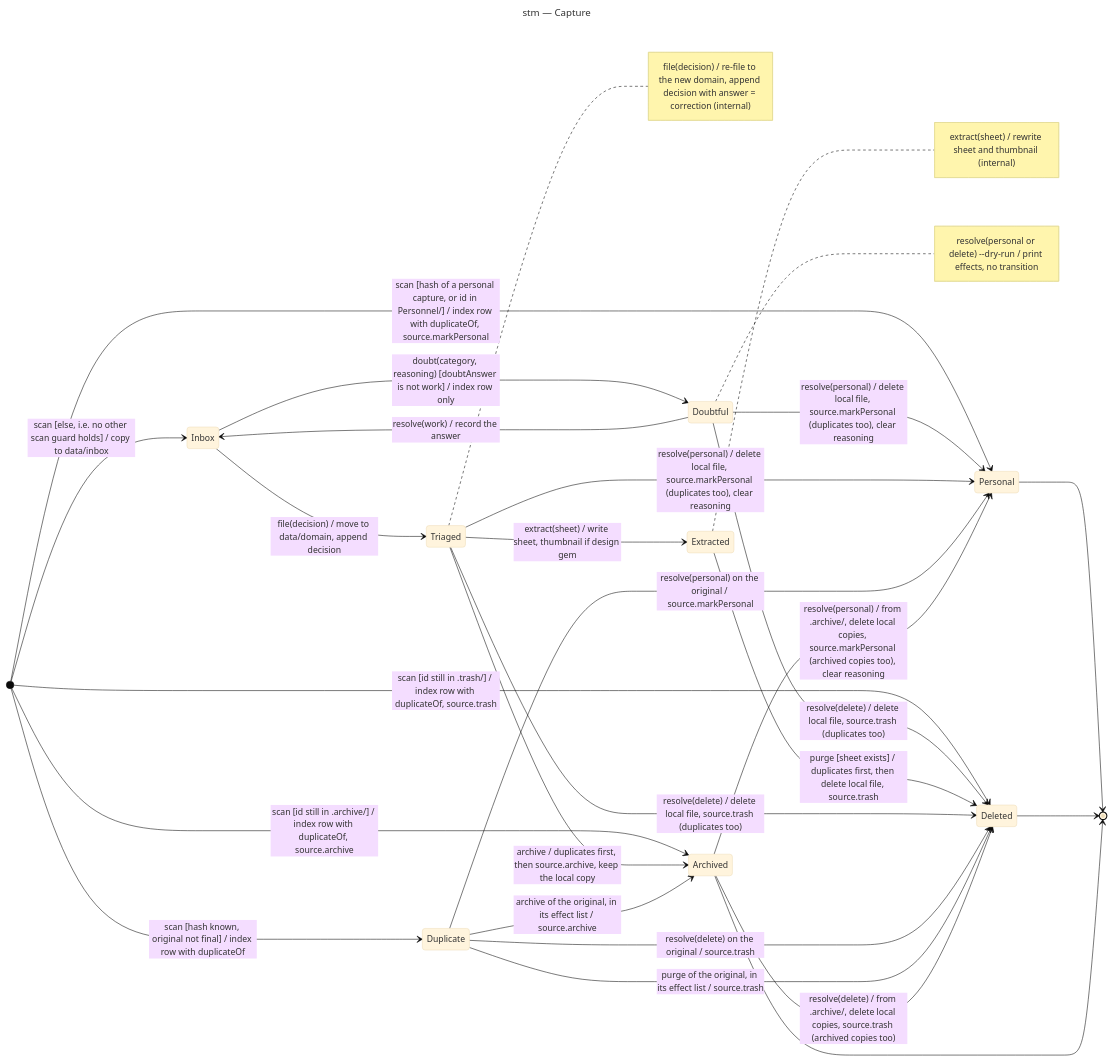
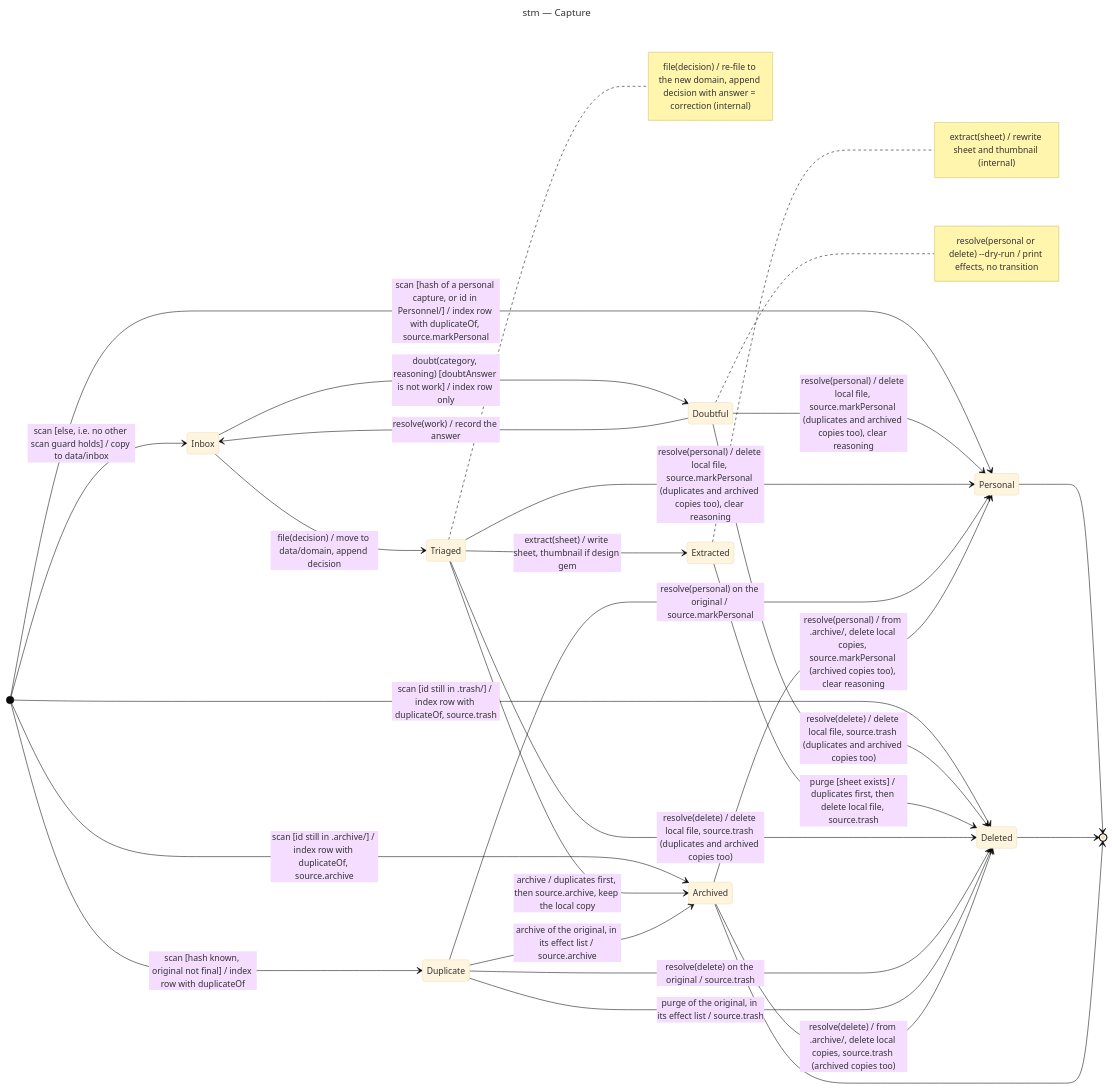
The diagram in docs/architecture/diagrams/triage/05-state-capture.md (benoit-bremaud/screenshot-triage), drawn with Mermaid (base theme) before and after one commit. The commit also changed other lines of this file and 2 other files, not shown here.

Commit message:
docs(archive): model archived copies settled by resolve

````diff
--- a/docs/architecture/diagrams/triage/05-state-capture.md
+++ b/docs/architecture/diagrams/triage/05-state-capture.md
@@ -13,40 +13,40 @@
 ```mermaid
 ---
 title: stm — Capture
 ---
 stateDiagram-v2
   direction LR
   [*] --> Inbox: scan [else, i.e. no other scan guard holds] / copy to data/inbox
   [*] --> Duplicate: scan [hash known, original not final] / index row with duplicateOf
   [*] --> Personal: scan [hash of a personal capture, or id in Personnel/] / index row with duplicateOf, source.markPersonal
   [*] --> Deleted: scan [id still in .trash/] / index row with duplicateOf, source.trash
   [*] --> Archived: scan [id still in .archive/] / index row with duplicateOf, source.archive
   Inbox --> Triaged: file(decision) / move to data/domain, append decision
   Inbox --> Doubtful: doubt(category, reasoning) [doubtAnswer is not work] / index row only
   Doubtful --> Inbox: resolve(work) / record the answer
-  Doubtful --> Personal: resolve(personal) / delete local file, source.markPersonal (duplicates too), clear reasoning
-  Doubtful --> Deleted: resolve(delete) / delete local file, source.trash (duplicates too)
+  Doubtful --> Personal: resolve(personal) / delete local file, source.markPersonal (duplicates and archived copies too), clear reasoning
+  Doubtful --> Deleted: resolve(delete) / delete local file, source.trash (duplicates and archived copies too)
   Triaged --> Extracted: extract(sheet) / write sheet, thumbnail if design gem
   Extracted --> Deleted: purge [sheet exists] / duplicates first, then delete local file, source.trash
-  Triaged --> Personal: resolve(personal) / delete local file, source.markPersonal (duplicates too), clear reasoning
-  Triaged --> Deleted: resolve(delete) / delete local file, source.trash (duplicates too)
+  Triaged --> Personal: resolve(personal) / delete local file, source.markPersonal (duplicates and archived copies too), clear reasoning
+  Triaged --> Deleted: resolve(delete) / delete local file, source.trash (duplicates and archived copies too)
   Triaged --> Archived: archive / duplicates first, then source.archive, keep the local copy
   Duplicate --> Archived: archive of the original, in its effect list / source.archive
   Duplicate --> Personal: resolve(personal) on the original / source.markPersonal
   Duplicate --> Deleted: resolve(delete) on the original / source.trash
   Duplicate --> Deleted: purge of the original, in its effect list / source.trash
   Personal --> [*]
   Deleted --> [*]
   Archived --> Personal: resolve(personal) / from .archive/, delete local copies, source.markPersonal (archived copies too), clear reasoning
   Archived --> Deleted: resolve(delete) / from .archive/, delete local copies, source.trash (archived copies too)
   Archived --> [*]
   note right of Triaged
     file(decision) / re-file to the new domain, append decision with answer = correction (internal)
   end note
   note right of Extracted
     extract(sheet) / rewrite sheet and thumbnail (internal)
   end note
   note right of Doubtful
     resolve(personal or delete) --dry-run / print effects, no transition
   end note
 ```
````
